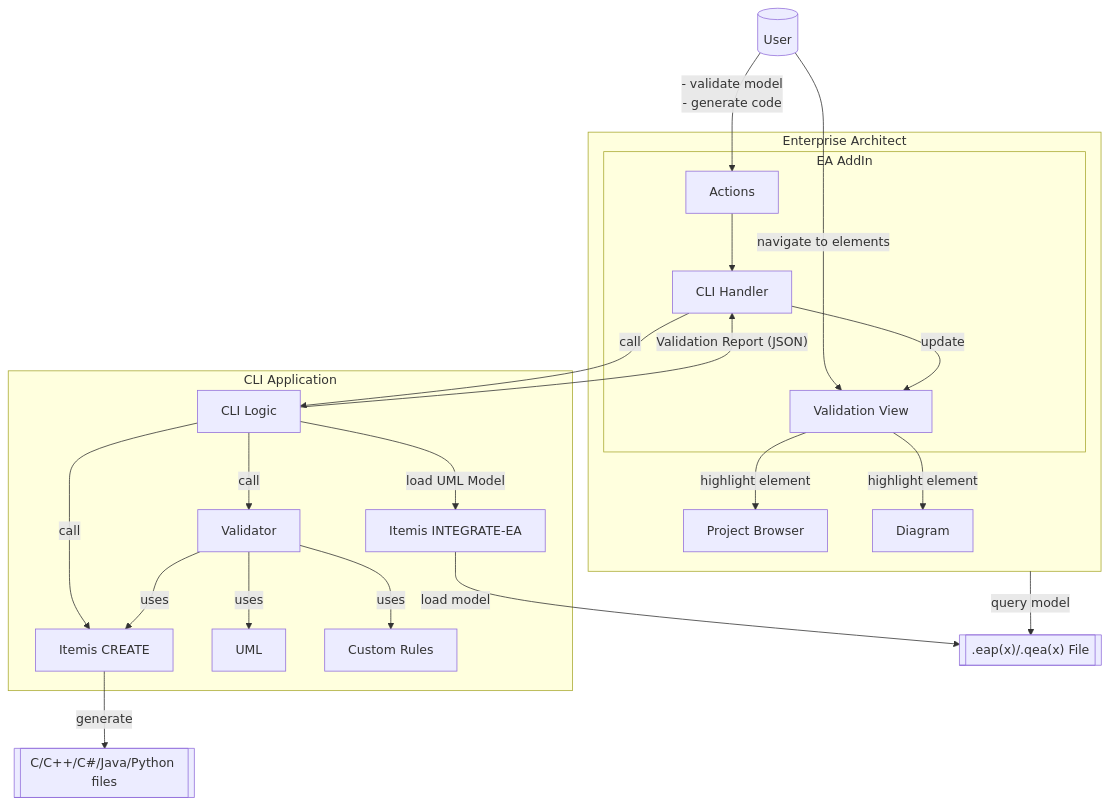
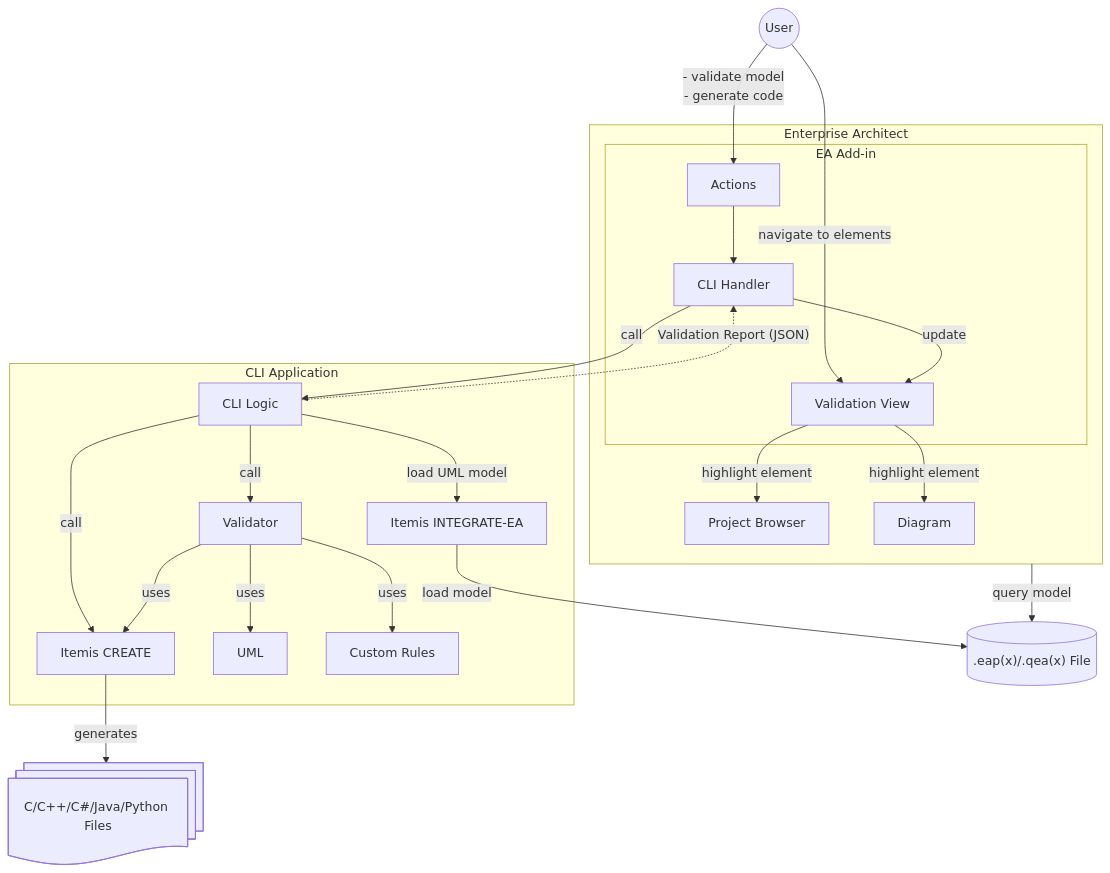
One commit to itemisCREATE/ea-bridge-integration-example changed the diagram in README.md. Above: the diagram before and after it, drawn with Mermaid.

Commit message:
diagram shapes updated

````diff
--- a/README.md
+++ b/README.md
@@ -18,45 +18,45 @@
 ```mermaid
 flowchart TB
-    user[(User)]
+    user@{ shape: circle, label: "User" }
     user -- - validate model<br>- generate code --> Action
     user -- navigate to elements --> View
 
-    code[["C/C++/C#/Java/Python files"]]
-    CREATE -- generate --> code
+    code@{ shape: docs, label: "C/C++/C#/Java/Python Files" }
+    CREATE -- generates --> code
 
-    eap[[".eap(x)/.qea(x) File"]]
+    eap[(".eap(x)/.qea(x) File")]
     EA -- query model --> eap
     INTEGRATE -- load model --> eap
 
     subgraph EA["Enterprise Architect"]
-        subgraph AddIn["EA AddIn"]
+        subgraph AddIn["EA Add-in"]
             View["Validation View"]
             Action["Actions"]
             CLIHandler["CLI Handler"]
         end
         Browser["Project Browser"]
         Diagram
     end
     Action --> CLIHandler
     CLIHandler -- update--> View
     View -- highlight element --> Browser
     View -- highlight element --> Diagram
 
     subgraph CLI["CLI Application"]
         Logic["CLI Logic"]
         INTEGRATE["Itemis INTEGRATE-EA"]
         CREATE["Itemis CREATE"]
         Validator
         UML["UML"]
         Rules["Custom Rules"]
     end
 
-    Logic -- load UML Model --> INTEGRATE
+    Logic -- load UML model --> INTEGRATE
     Logic -- call --> Validator
     Logic -- call --> CREATE
     CLIHandler -- call --> Logic
-    Logic -- Validation Report (JSON) --> CLIHandler
+    Logic -. Validation Report (JSON) .-> CLIHandler
     Validator -- uses --> UML
     Validator -- uses --> CREATE
     Validator -- uses --> Rules
 ```
````
